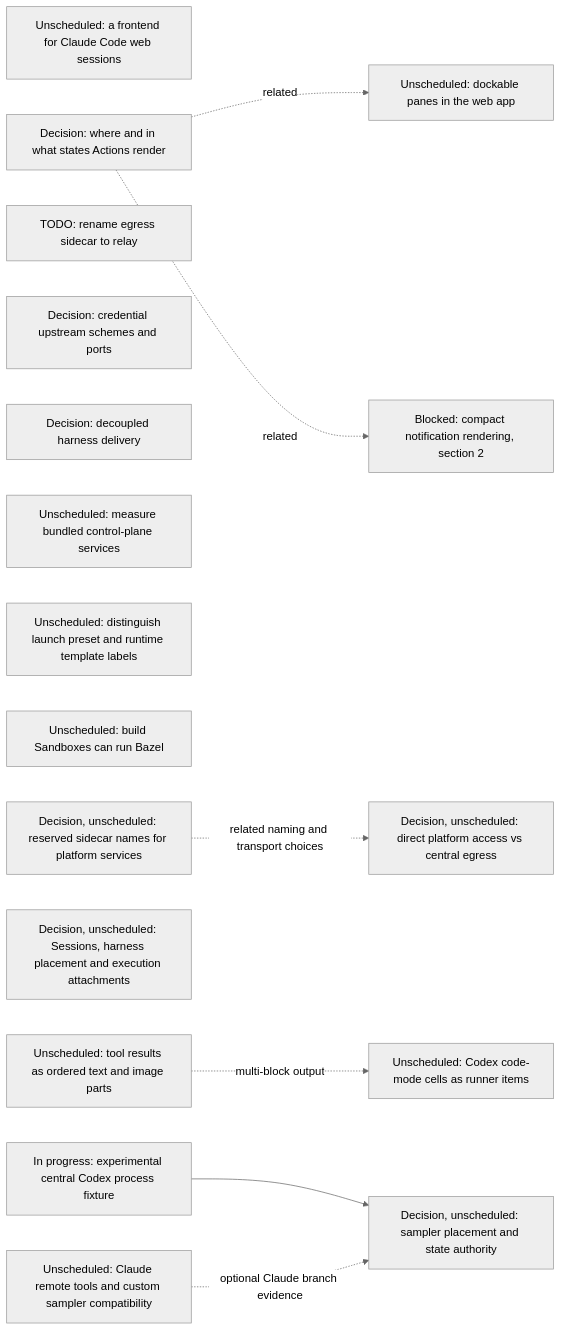
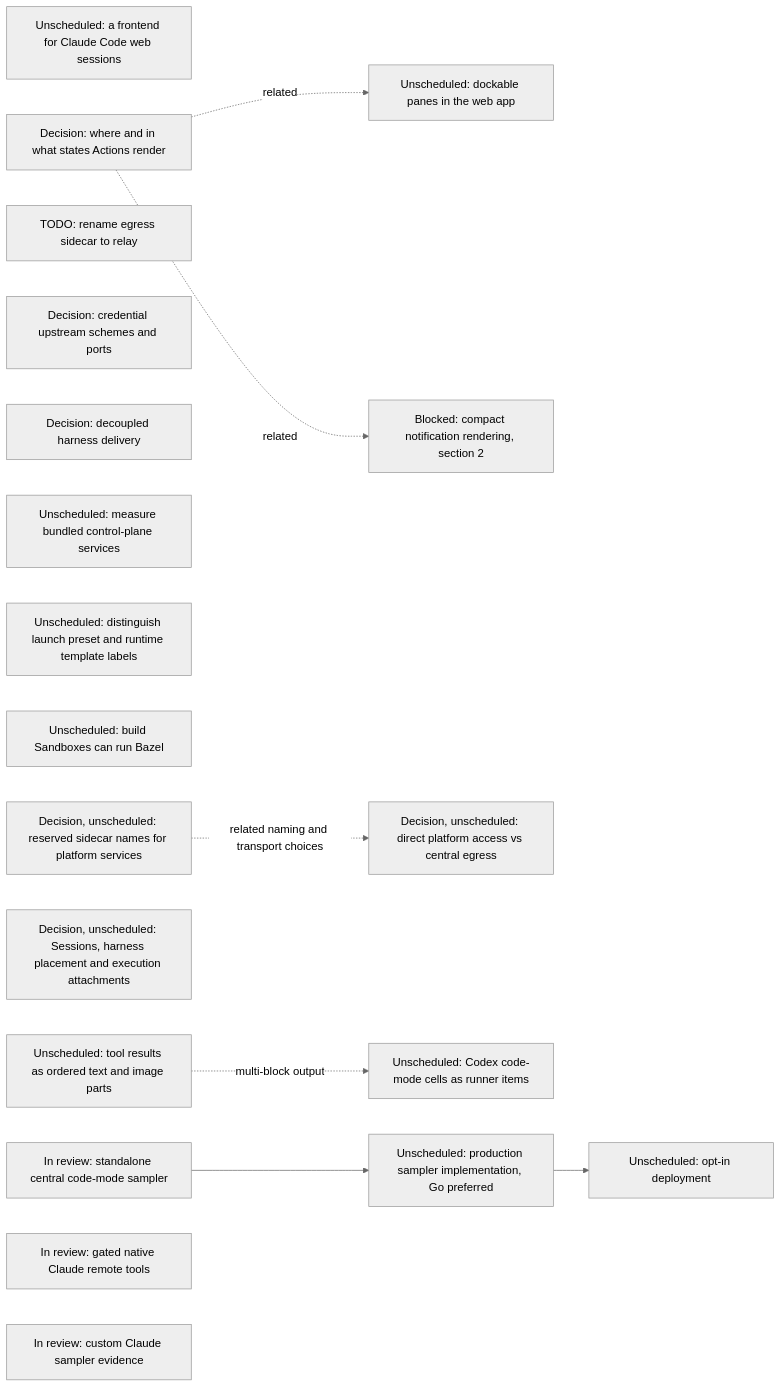
Before and after one commit to agentydragon-agent/ducktape: the seventh of 19 diagrams in agentplane/plans/task_dag.md, drawn with Mermaid (neutral theme). The commit also changed other lines of this file and 156 other files, not shown here.

Commit message:
agentplane: add opt-in Go central sampler with code-mode execution

````diff
--- a/agentplane/plans/task_dag.md
+++ b/agentplane/plans/task_dag.md
@@ -571,25 +571,26 @@
 ```mermaid
 flowchart LR
     CLAUDE_CODE_WEB_BRIDGE[Unscheduled: a frontend for Claude Code web sessions]
     ACTION_SURFACES_DESIGN[Decision: where and in what states Actions render]
     EGRESS_RELAY_RENAME[TODO: rename egress sidecar to relay]
     EGRESS_CREDENTIAL_TRANSPORT_DESIGN[Decision: credential upstream schemes and ports]
     RUNNER_HARNESS_DELIVERY_DESIGN[Decision: decoupled harness delivery]
     K3S_BUNDLED_SERVICES_SPIKE[Unscheduled: measure bundled control-plane services]
     DOCKABLE_PANES[Unscheduled: dockable panes in the web app]
     ACTION_SURFACES_DESIGN -. related .-> DOCKABLE_PANES
     NOTIFICATION_PRESENTATION[Blocked: compact notification rendering, section 2]
     ACTION_SURFACES_DESIGN -. related .-> NOTIFICATION_PRESENTATION
     SANDBOX_FORM_TERMINOLOGY[Unscheduled: distinguish launch preset and runtime template labels]
     BUILD_BOX_BAZEL[Unscheduled: build Sandboxes can run Bazel]
     PLATFORM_SERVICE_NAMES_DESIGN[Decision, unscheduled: reserved sidecar names for platform services]
     PLATFORM_SERVICE_ROUTING_DESIGN[Decision, unscheduled: direct platform access vs central egress]
     PLATFORM_SERVICE_NAMES_DESIGN -. related naming and transport choices .-> PLATFORM_SERVICE_ROUTING_DESIGN
     SESSION_RUNTIME_MODEL_DESIGN[Decision, unscheduled: Sessions, harness placement and execution attachments]
     STRUCTURED_TOOL_OUTPUT[Unscheduled: tool results as ordered text and image parts]
     STRUCTURED_TOOL_OUTPUT -. multi-block output .-> CODEX_CODE_MODE_CELLS[Unscheduled: Codex code-mode cells as runner items]
-    CENTRAL_CODEX_SPIKE[In progress: experimental central Codex process fixture]
-    CENTRAL_CODEX_SPIKE --> HARNESS_PLACEMENT_DESIGN[Decision, unscheduled: sampler placement and state authority]
-    CLAUDE_REMOTE_EXECUTION_SPIKE[Unscheduled: Claude remote tools and custom sampler compatibility]
-    CLAUDE_REMOTE_EXECUTION_SPIKE -. optional Claude branch evidence .-> HARNESS_PLACEMENT_DESIGN
+    CENTRAL_SAMPLER_V1[In review: standalone central code-mode sampler]
+    CENTRAL_SAMPLER_V1 --> CENTRAL_SAMPLER_PRODUCTION_IMPL[Unscheduled: production sampler implementation, Go preferred]
+    CENTRAL_SAMPLER_PRODUCTION_IMPL --> CENTRAL_SAMPLER_DEPLOYMENT[Unscheduled: opt-in deployment]
+    CLAUDE_REMOTE_EXECUTION_SPIKE[In review: gated native Claude remote tools]
+    CLAUDE_CUSTOM_SAMPLER[In review: custom Claude sampler evidence]
 ```
````
